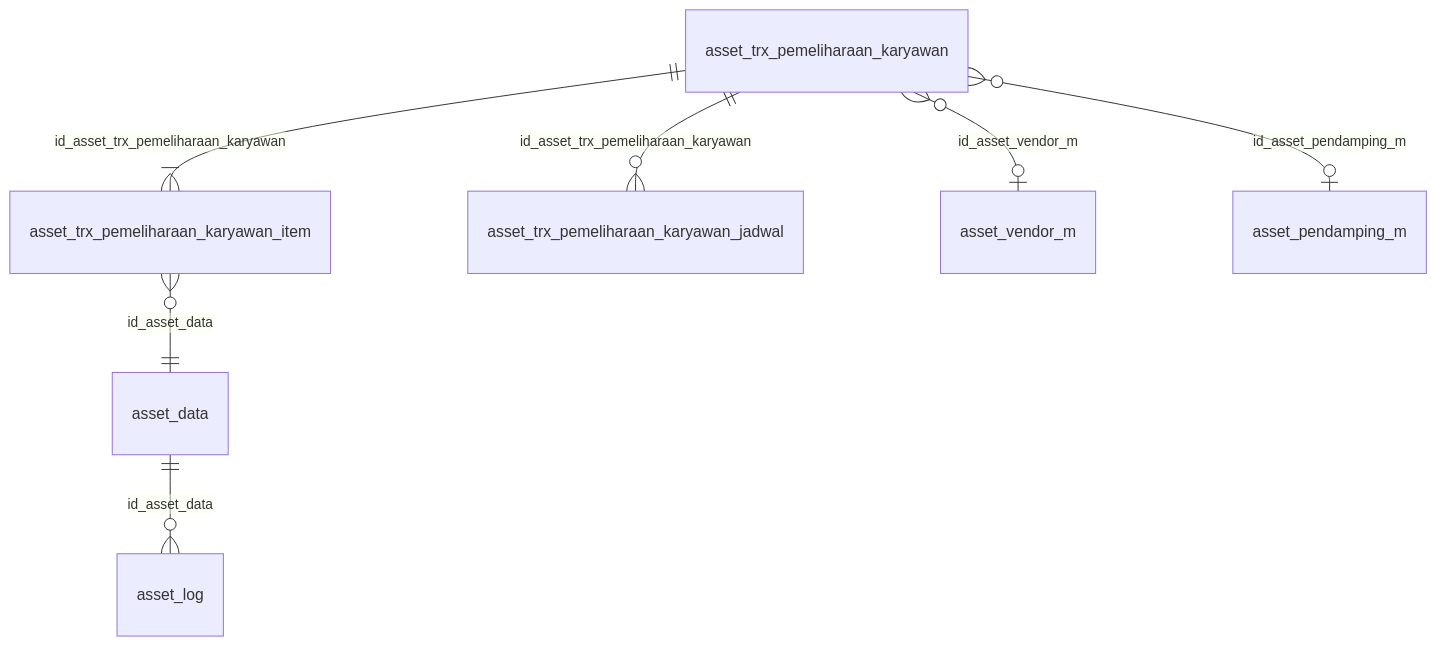
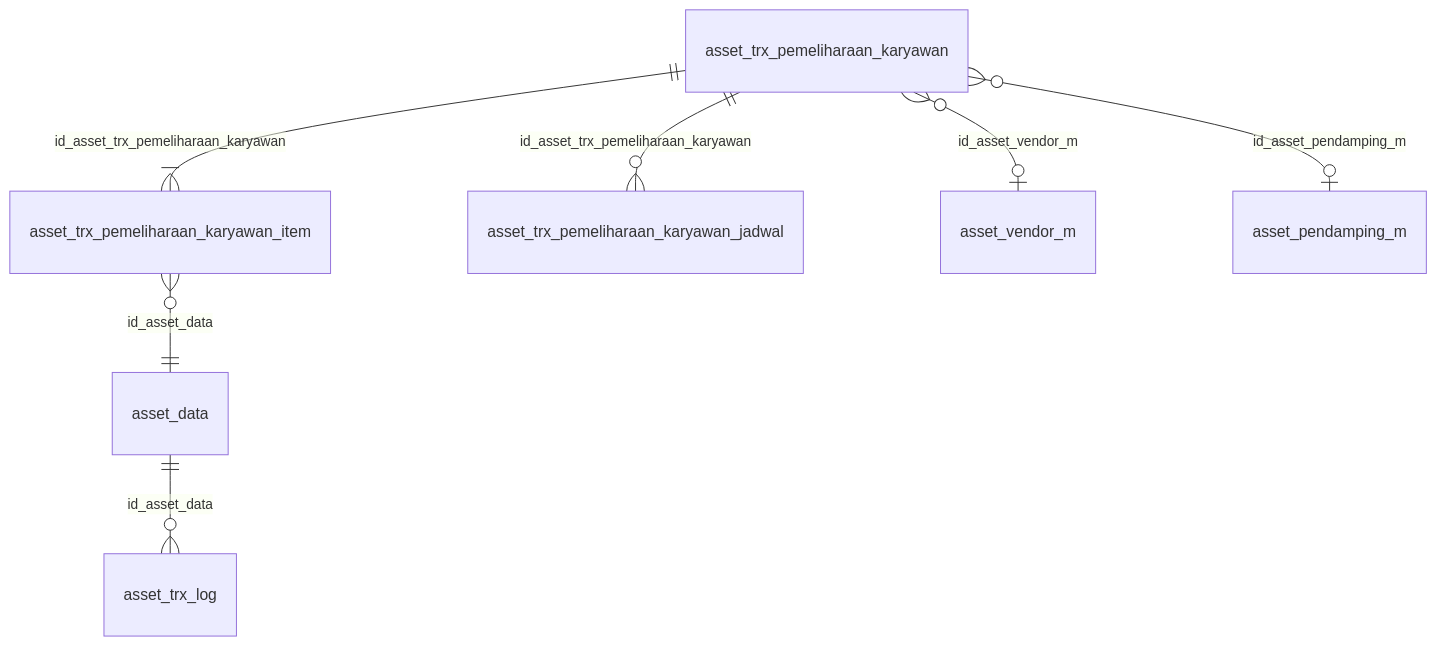
The fourth of 4 diagrams in dokumentasi-asset-pemeliharaan-karyawan.md (setiyawan12/DOKUMENTASI-ASSET), drawn with Mermaid before and after one commit. The commit also changed other lines of this file and 34 other files, not shown here.

````diff
--- a/dokumentasi-asset-pemeliharaan-karyawan.md
+++ b/dokumentasi-asset-pemeliharaan-karyawan.md
@@ -389,9 +389,9 @@
 ```mermaid
 erDiagram
     asset_trx_pemeliharaan_karyawan ||--|{ asset_trx_pemeliharaan_karyawan_item : "id_asset_trx_pemeliharaan_karyawan"
     asset_trx_pemeliharaan_karyawan ||--o{ asset_trx_pemeliharaan_karyawan_jadwal : "id_asset_trx_pemeliharaan_karyawan"
     asset_trx_pemeliharaan_karyawan }o--o| asset_vendor_m : "id_asset_vendor_m"
     asset_trx_pemeliharaan_karyawan }o--o| asset_pendamping_m : "id_asset_pendamping_m"
     asset_trx_pemeliharaan_karyawan_item }o--|| asset_data : "id_asset_data"
-    asset_data ||--o{ asset_log : "id_asset_data"
+    asset_data ||--o{ asset_trx_log : "id_asset_data"
 ```
````
